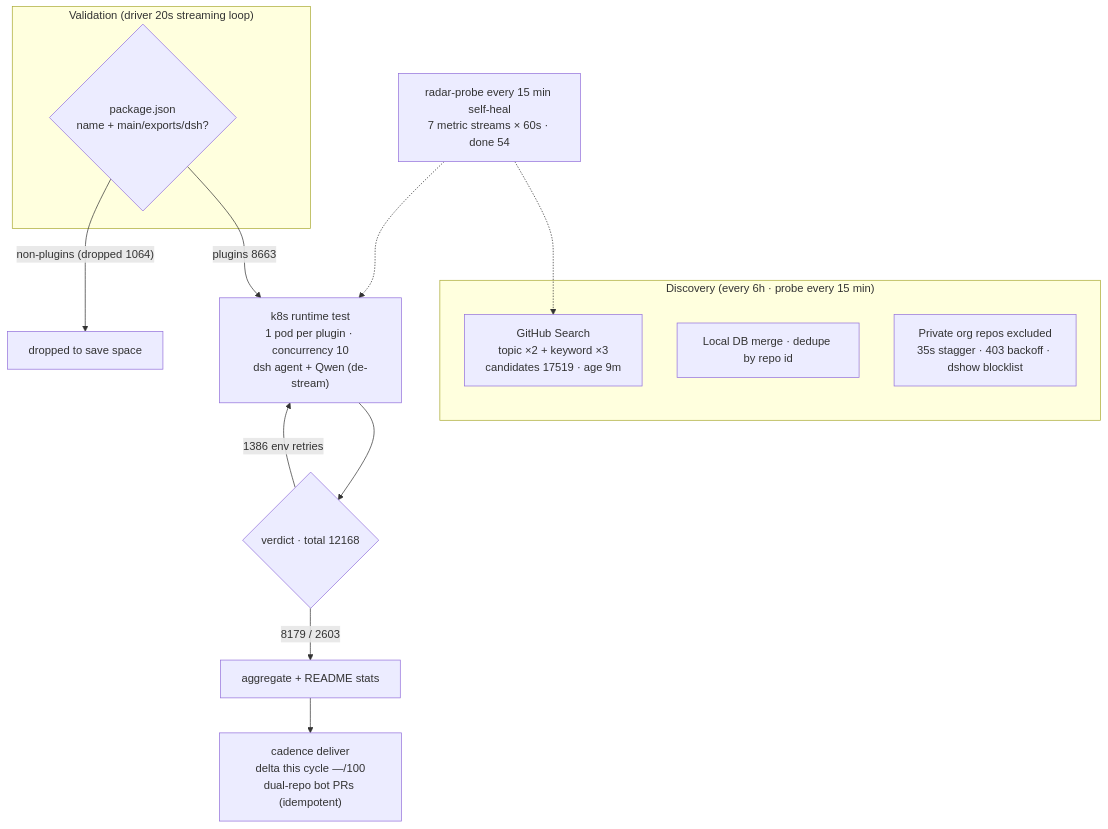
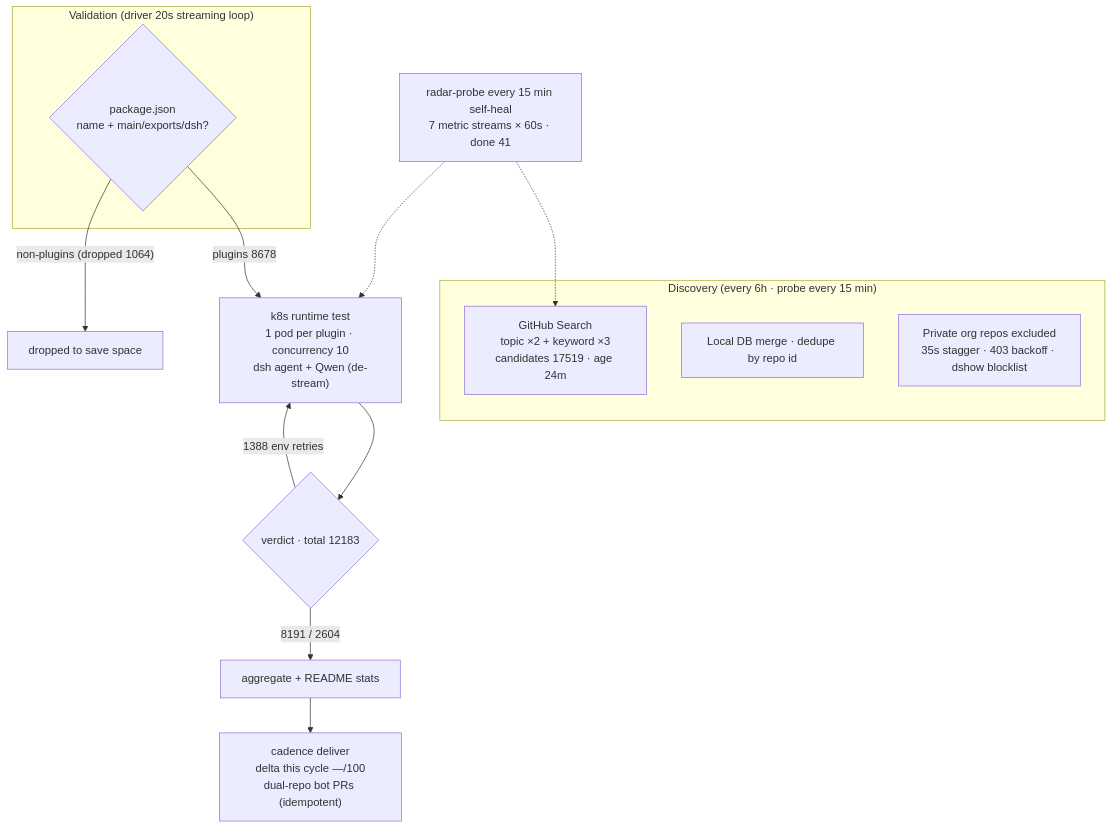
One commit to AdamPlatin123/awesome-dsh-plugins changed the diagram in README.en-US.md. Above: the diagram before and after it, drawn with Mermaid. The commit also changed other lines of this file and 5 other files, not shown here.

````diff
--- a/README.en-US.md
+++ b/README.en-US.md
@@ -45,20 +45,20 @@
 ```mermaid
 flowchart TB
     subgraph Discovery["Discovery (every 6h · probe every 15 min)"]
-        A1["GitHub Search<br/>topic ×2 + keyword ×3<br/>candidates 17519 · age 9m"]
+        A1["GitHub Search<br/>topic ×2 + keyword ×3<br/>candidates 17519 · age 24m"]
         A2["Local DB merge · dedupe by repo id"]
         A3["Private org repos excluded<br/>35s stagger · 403 backoff · dshow blocklist"]
     end
     subgraph Validation["Validation (driver 20s streaming loop)"]
         B1{"package.json<br/>name + main/exports/dsh?"}
     end
-    B1 -->|"plugins 8663"| C1["k8s runtime test<br/>1 pod per plugin · concurrency 10<br/>dsh agent + Qwen (de-stream)"]
+    B1 -->|"plugins 8678"| C1["k8s runtime test<br/>1 pod per plugin · concurrency 10<br/>dsh agent + Qwen (de-stream)"]
     B1 -->|"non-plugins (dropped 1064)"| B3["dropped to save space"]
-    C1 --> D1{"verdict · total 12168"}
-    D1 -->|"8179 / 2603"| E1["aggregate + README stats"]
-    D1 -->|"1386 env retries"| C1
+    C1 --> D1{"verdict · total 12183"}
+    D1 -->|"8191 / 2604"| E1["aggregate + README stats"]
+    D1 -->|"1388 env retries"| C1
     E1 --> E2["cadence deliver<br/>delta this cycle —/100<br/>dual-repo bot PRs (idempotent)"]
-    M["radar-probe every 15 min self-heal<br/>7 metric streams × 60s · done 54"]
+    M["radar-probe every 15 min self-heal<br/>7 metric streams × 60s · done 41"]
     M -.-> A1
     M -.-> C1
 ```
````
